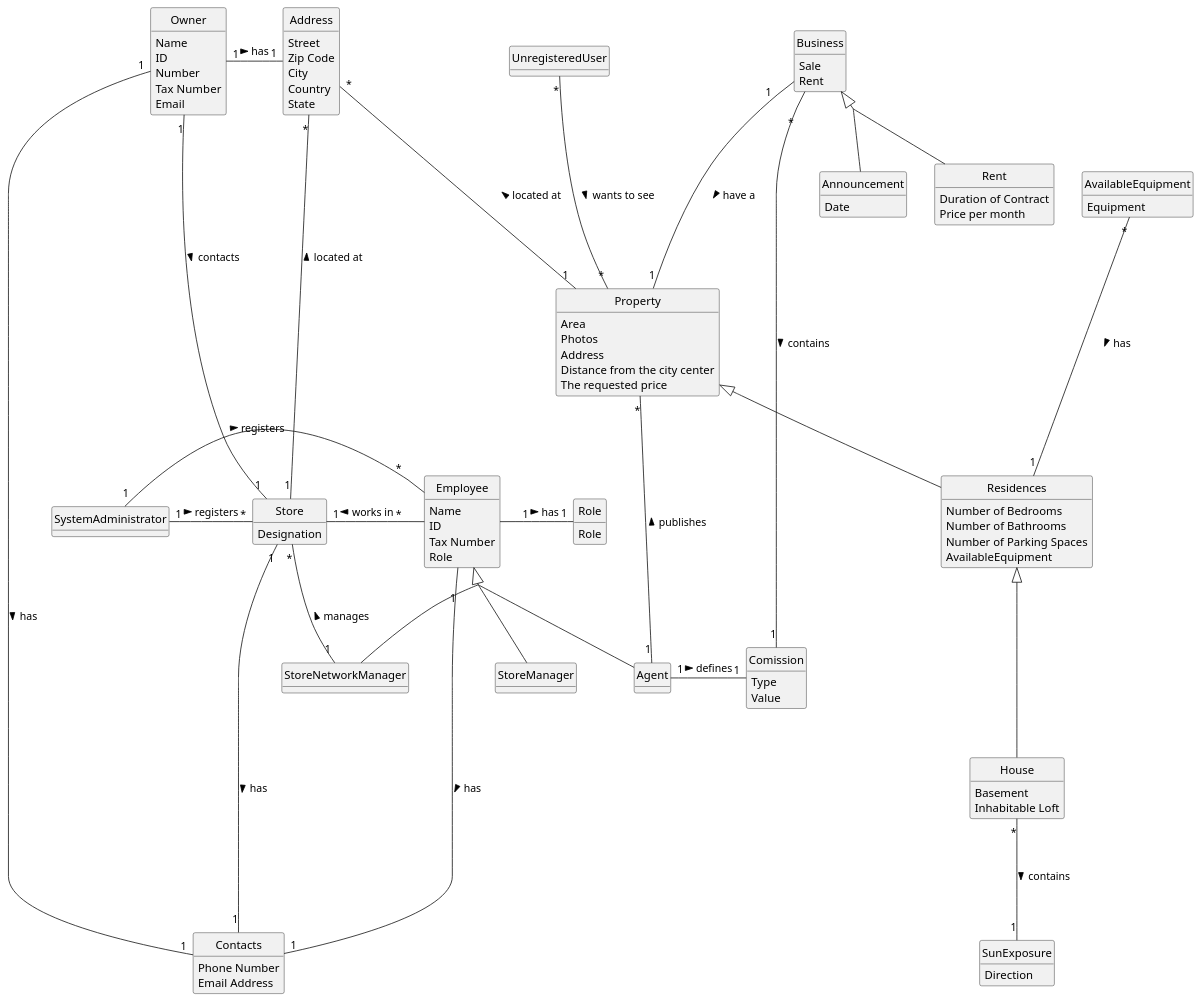
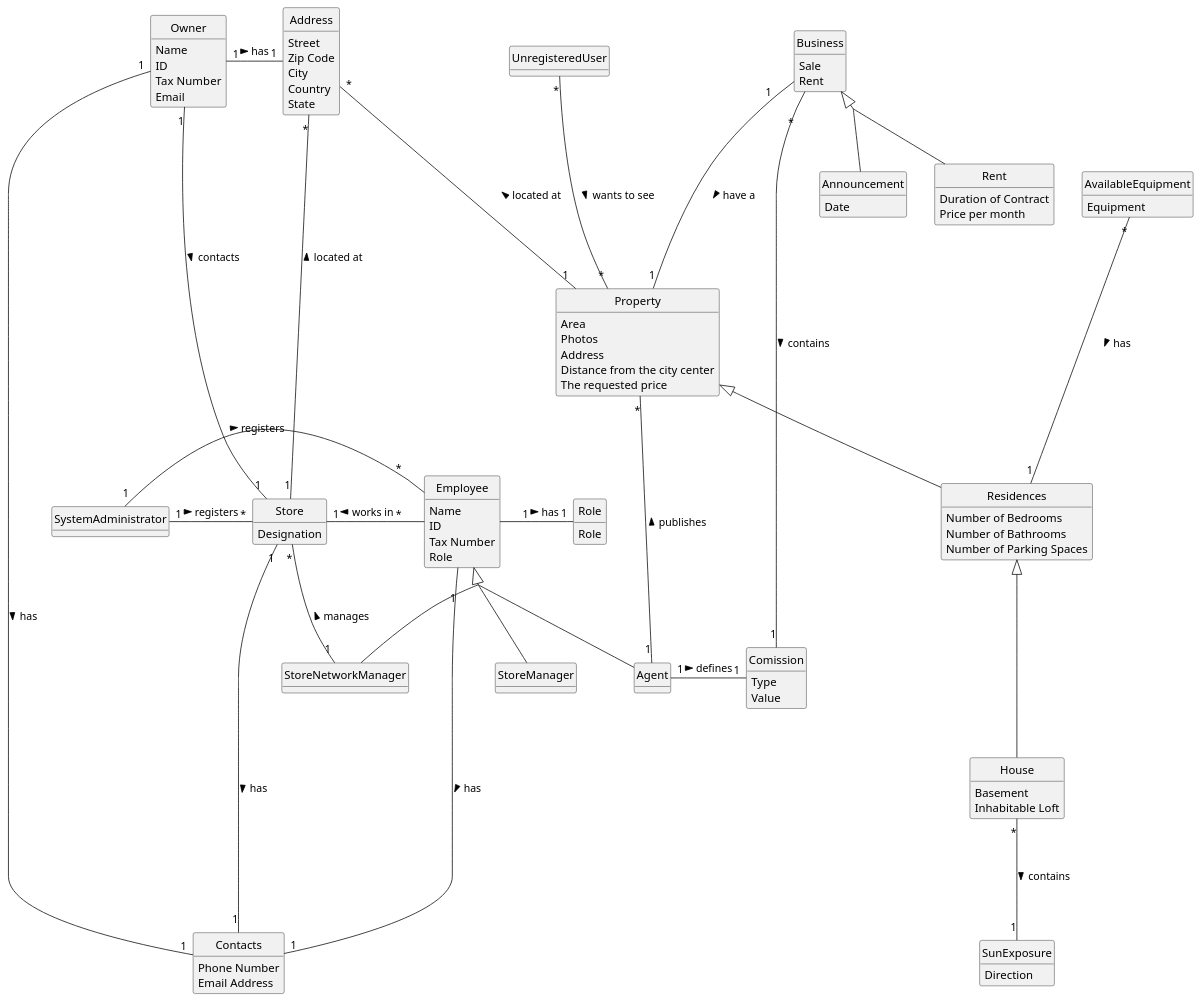
The diagram in docs/sprintA/global-artifacts/02.analysis/puml/project-domain-model.puml (PureNimble/ISEP-LAPR2), drawn with PlantUML before and after one commit.

Commit message:
Update domain model.puml 02. analysis global artifacts

```diff
--- a/docs/sprintA/global-artifacts/02.analysis/puml/project-domain-model.puml
+++ b/docs/sprintA/global-artifacts/02.analysis/puml/project-domain-model.puml
@@ -104,7 +104,6 @@
 class Owner {
 Name
 ID
-Number
 Tax Number
 Email
 }
@@ -130,7 +129,7 @@
 Number of Bedrooms
 Number of Bathrooms
 Number of Parking Spaces
-AvailableEquipment
+
 }
 
 class Role {
```
